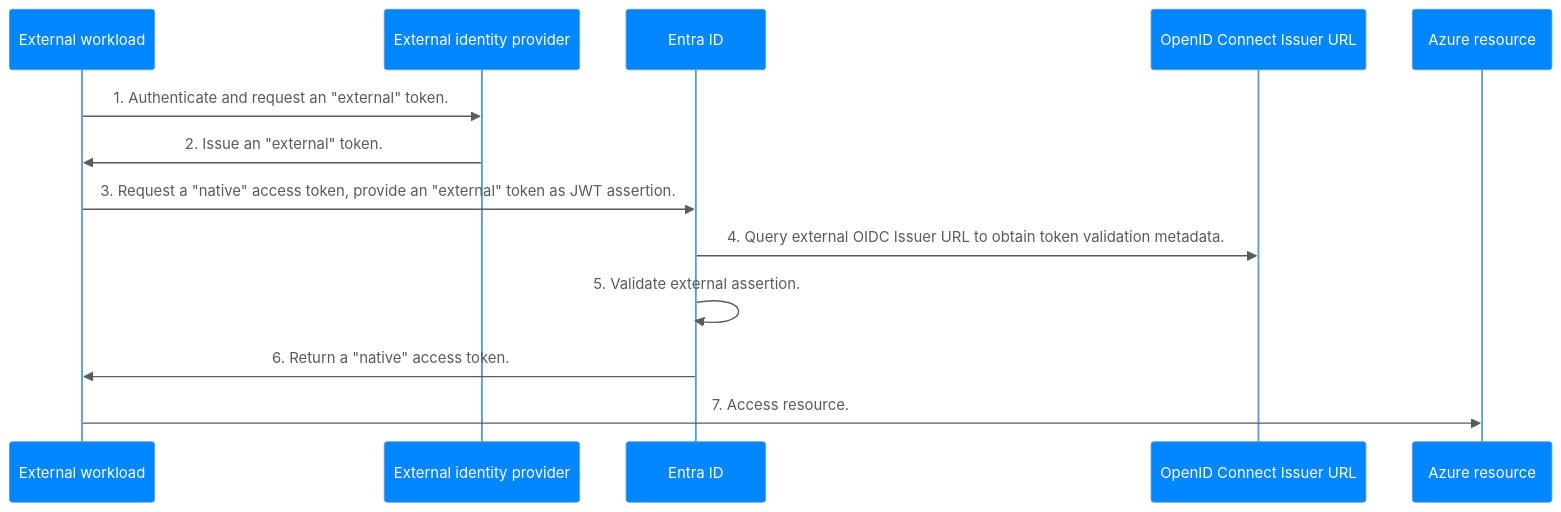
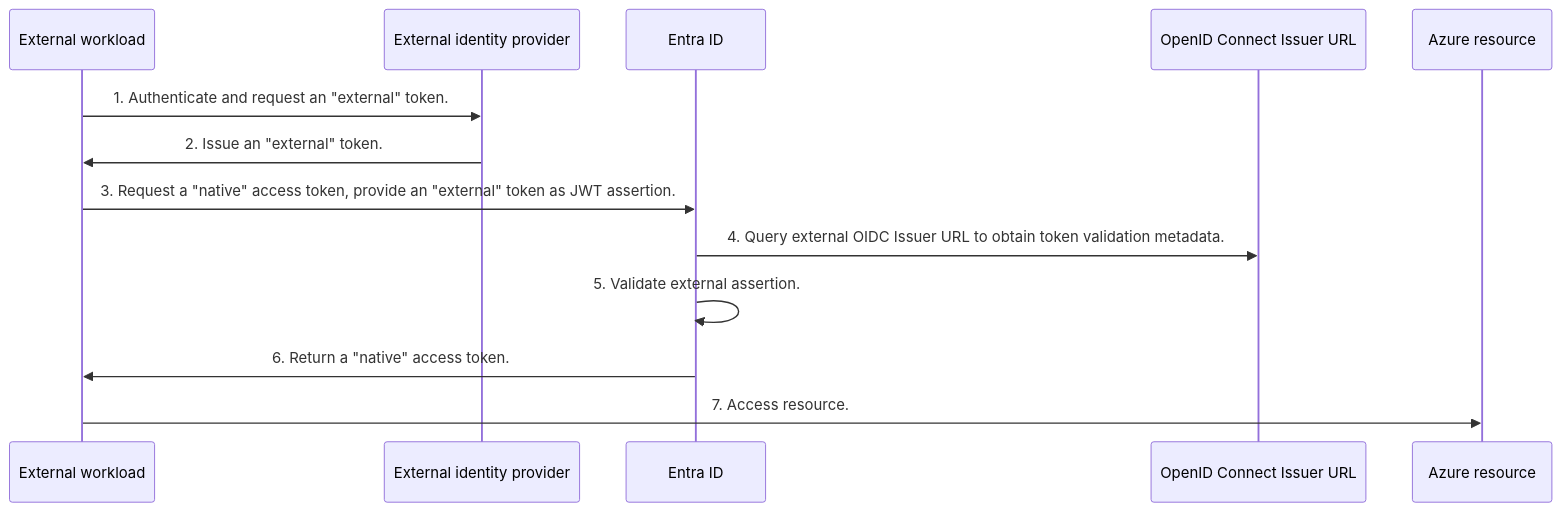
The second of 3 diagrams in _posts/2025-01-11-Workload-Identity-Federation-Hidden-Risks.md (lucas-ko/lucas-ko.github.io), drawn with Mermaid before and after one commit. The commit also changed other lines of this file, not shown here.

````diff
--- a/_posts/2025-01-11-Workload-Identity-Federation-Hidden-Risks.md
+++ b/_posts/2025-01-11-Workload-Identity-Federation-Hidden-Risks.md
@@ -53,26 +52,25 @@
 ```mermaid
 %%{
   init: {
     'theme': 'base',
     'themeVariables': {
       'primaryColor': '#0086FF',
       'primaryTextColor': '#FFFFFF',
       'textColor': '#5b5b5b',
       'lineColor': '#5b5b5b',
-      'darkMode': 'true'
     }
   }
 }%% sequenceDiagram
     participant EW as External workload
     participant EIDP as External identity provider
     participant EID as Entra ID
     participant EOIDC as OpenID Connect Issuer URL   
     participant Az as Azure resource
     EW ->> EIDP: 1. Authenticate and request an "external" token.
     EIDP ->> EW: 2. Issue an "external" token.
     EW ->> EID: 3. Request a "native" access token, provide an "external" token as JWT assertion.
     EID->> EOIDC: 4. Query external OIDC Issuer URL to obtain token validation metadata.
     EID->> EID: 5. Validate external assertion.
     EID ->> EW: 6. Return a "native" access token.
     EW ->> Az: 7. Access resource.
 ```
````
